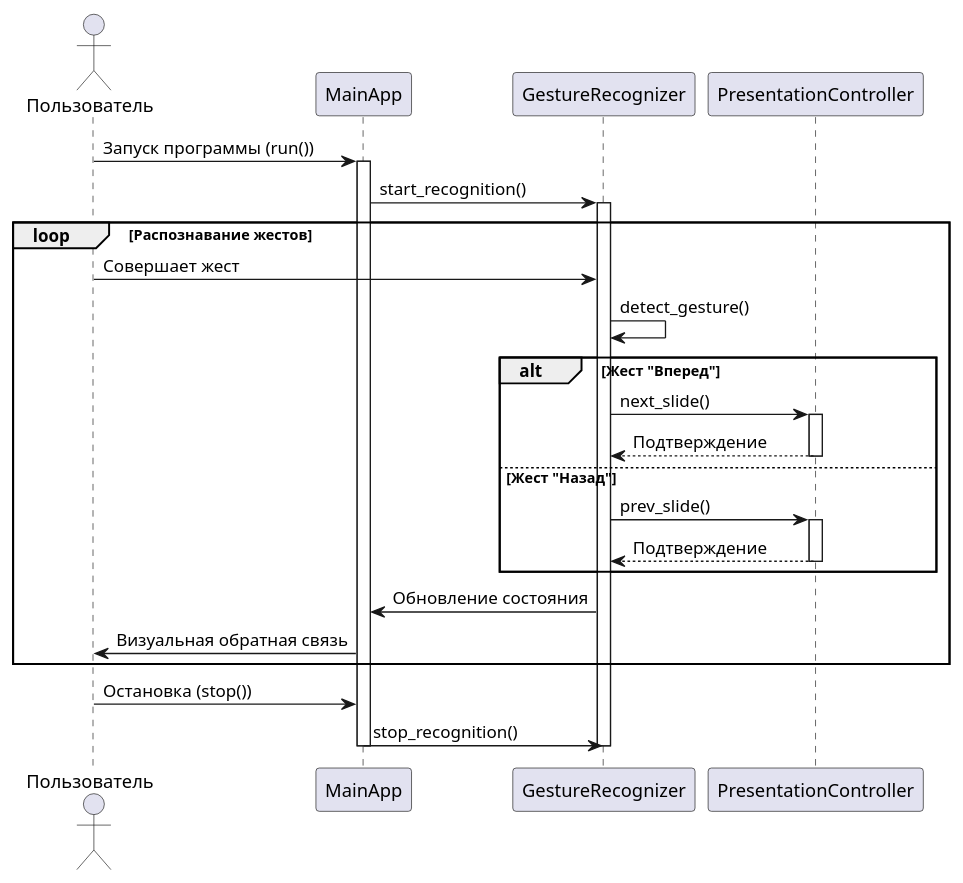
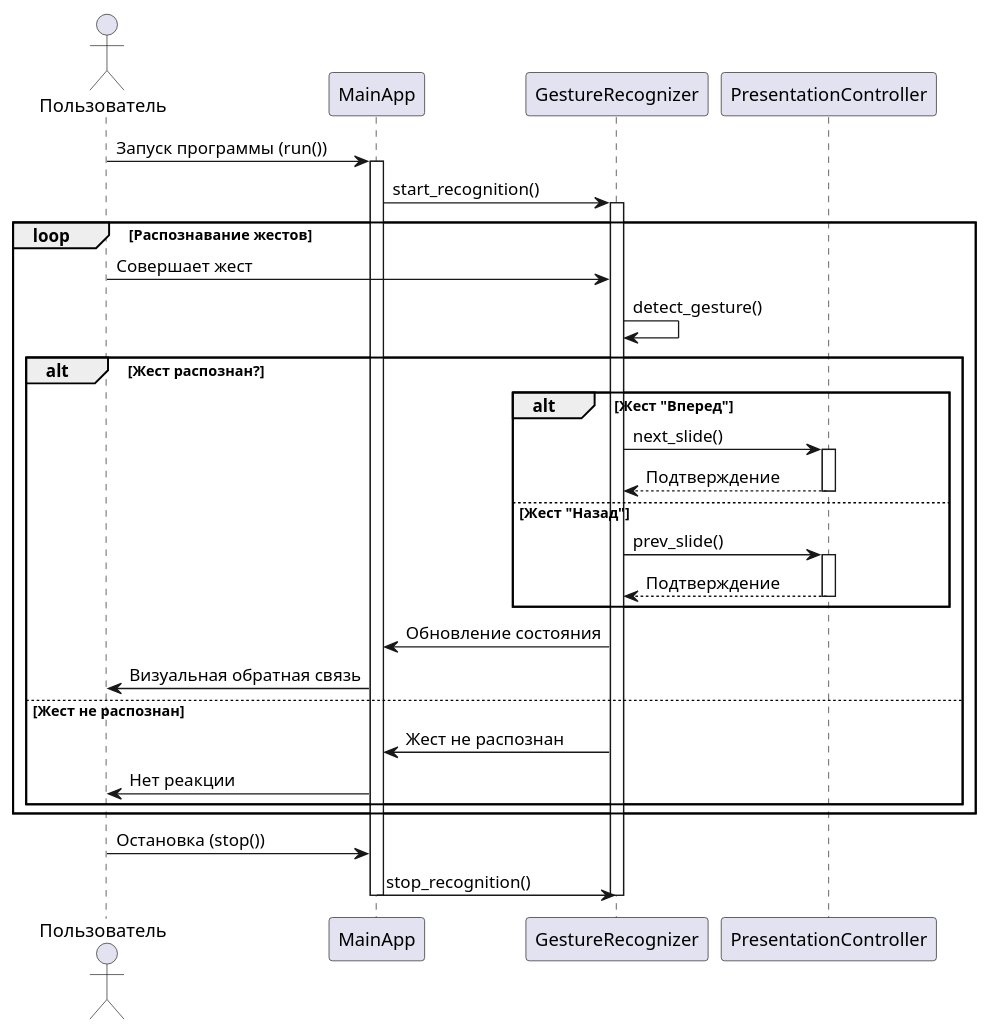
One commit to MarinaVasilevaIVT/uml_diagrams_for_vkr changed the third of 5 diagrams in README.md. Above: the diagram before and after it, drawn with PlantUML. The commit also changed other lines of this file, not shown here.

````diff
--- a/README.md
+++ b/README.md
@@ -130,40 +312,46 @@
 ```uml
 @startuml
 actor Пользователь
 participant MainApp
 participant GestureRecognizer as GR
 participant PresentationController as PC
 
 Пользователь -> MainApp : Запуск программы (run())
 activate MainApp
 
 MainApp -> GR : start_recognition()
 activate GR
 
 loop Распознавание жестов
     Пользователь -> GR : Совершает жест
     GR -> GR : detect_gesture()
     
-    alt Жест "Вперед"
-        GR -> PC : next_slide()
-        activate PC
-        PC --> GR : Подтверждение
-        deactivate PC
+    alt Жест распознан?
+        alt Жест "Вперед"
+            GR -> PC : next_slide()
+            activate PC
+            PC --> GR : Подтверждение
+            deactivate PC
+            
+        else Жест "Назад"
+            GR -> PC : prev_slide()
+            activate PC
+            PC --> GR : Подтверждение
+            deactivate PC
+        end
         
-    else Жест "Назад"
-        GR -> PC : prev_slide()
-        activate PC
-        PC --> GR : Подтверждение
-        deactivate PC
+        GR -> MainApp : Обновление состояния
+        MainApp -> Пользователь : Визуальная обратная связь
+    
+    else Жест не распознан
+        GR -> MainApp : Жест не распознан
+        MainApp -> Пользователь : Нет реакции
     end
-    
-    GR -> MainApp : Обновление состояния
-    MainApp -> Пользователь : Визуальная обратная связь
 end
 
 Пользователь -> MainApp : Остановка (stop())
 MainApp -> GR : stop_recognition()
 deactivate GR
 deactivate MainApp
 @enduml
 ```
````
